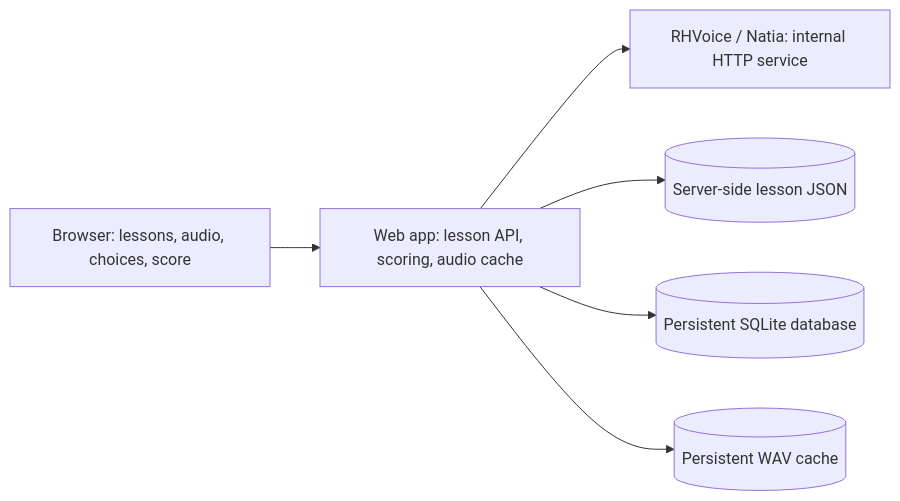
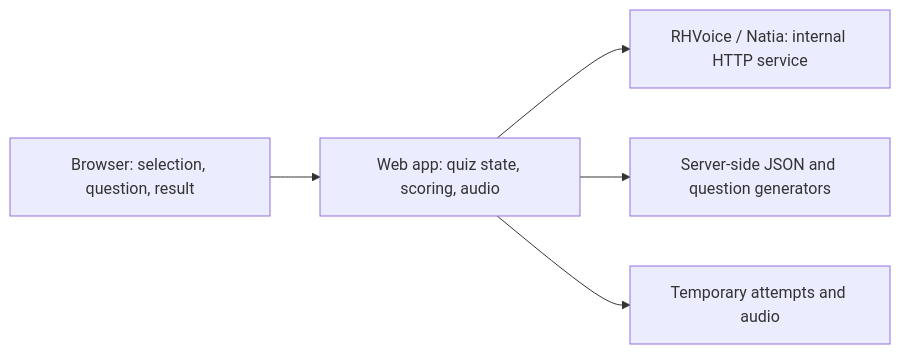
The diagram in docs/architecture.md (orlov-r/Talker), drawn with Mermaid before and after one commit. The commit also changed other lines of this file and 5 other files, not shown here.

Commit message:
Document the planned lesson app scope and architecture

````diff
--- a/docs/architecture.md
+++ b/docs/architecture.md
@@ -11,8 +36,7 @@
 ```mermaid
 flowchart LR
-    B["Browser: lessons, audio, choices, score"] --> W["Web app: lesson API, scoring, audio cache"]
+    B["Browser: selection, question, result"] --> W["Web app: quiz state, scoring, audio"]
     W --> R["RHVoice / Natia: internal HTTP service"]
-    W --> L[("Server-side lesson JSON")]
-    W --> D[("Persistent SQLite database")]
-    W --> A[("Persistent WAV cache")]
+    W --> L["Server-side JSON and question generators"]
+    W --> S["Temporary attempts and audio"]
 ```
````
